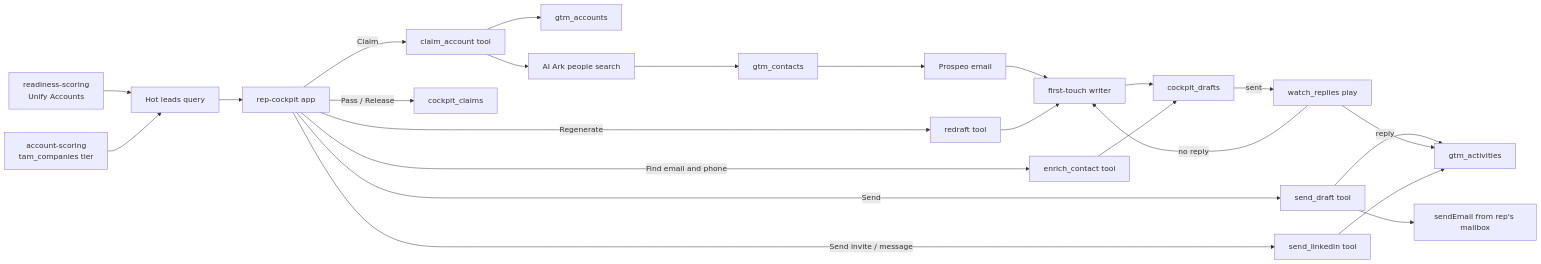
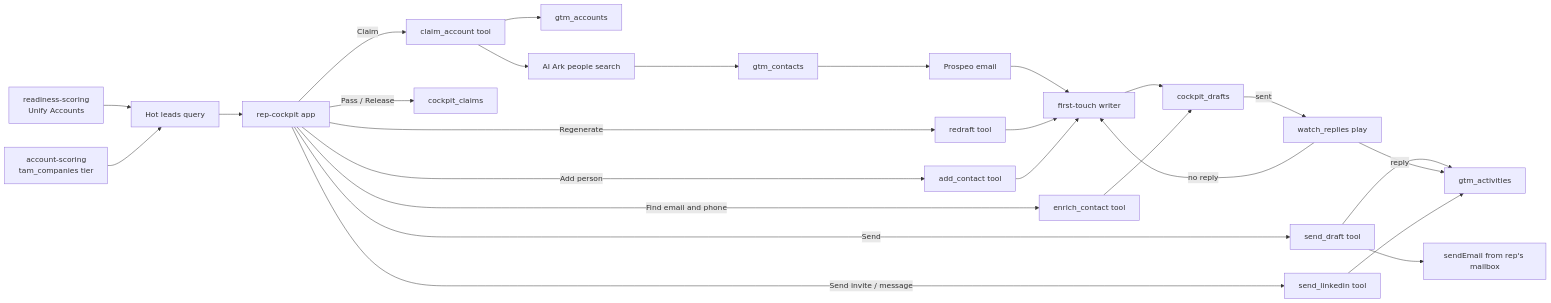
Before and after one commit to getcargohq/gtm-skills: the diagram in rep-cockpit/README.md, drawn with Mermaid. The commit also changed other lines of this file and 17 other files, not shown here.

````diff
--- a/rep-cockpit/README.md
+++ b/rep-cockpit/README.md
@@ -58,21 +60,22 @@
 ```mermaid
 flowchart LR
   ra[readiness-scoring<br/>Unify Accounts] --> q[Hot leads query]
   as[account-scoring<br/>tam_companies tier] --> q
   q --> app[rep-cockpit app]
   app -- Claim --> claim[claim_account tool]
   claim --> acc[gtm_accounts]
   claim --> ppl[AI Ark people search] --> con[gtm_contacts]
   con --> mail[Prospeo email] --> w[first-touch writer] --> d[cockpit_drafts]
   app -- Send --> send[send_draft tool]
   send --> se[sendEmail from rep's mailbox]
   send --> act[gtm_activities]
   d -- sent --> watch[watch_replies play]
   watch -- reply --> act
   watch -- no reply --> w
   app -- Regenerate --> rd[redraft tool] --> w
   app -- Find email and phone --> en[enrich_contact tool] --> d
+  app -- Add person --> ac[add_contact tool] --> w
   app -- Send invite / message --> li[send_linkedin tool]
   li --> act
   app -- Pass / Release --> cl[cockpit_claims]
 ```
````
